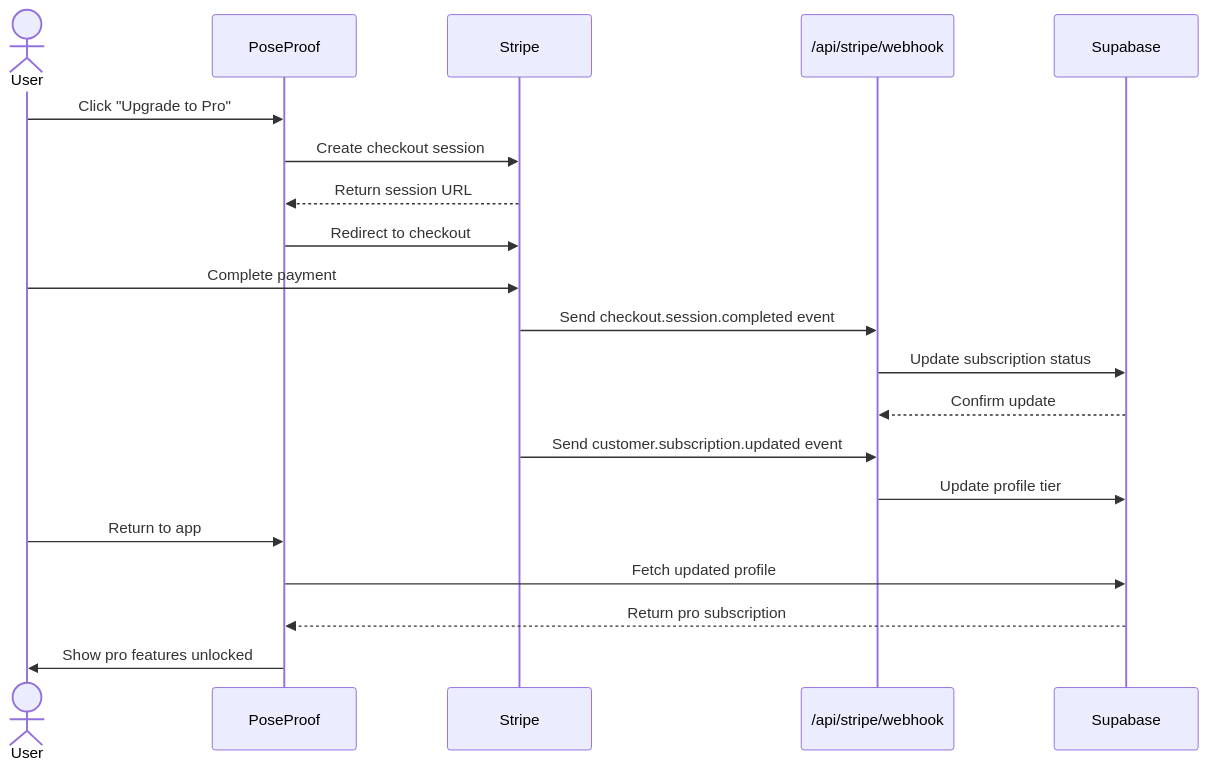
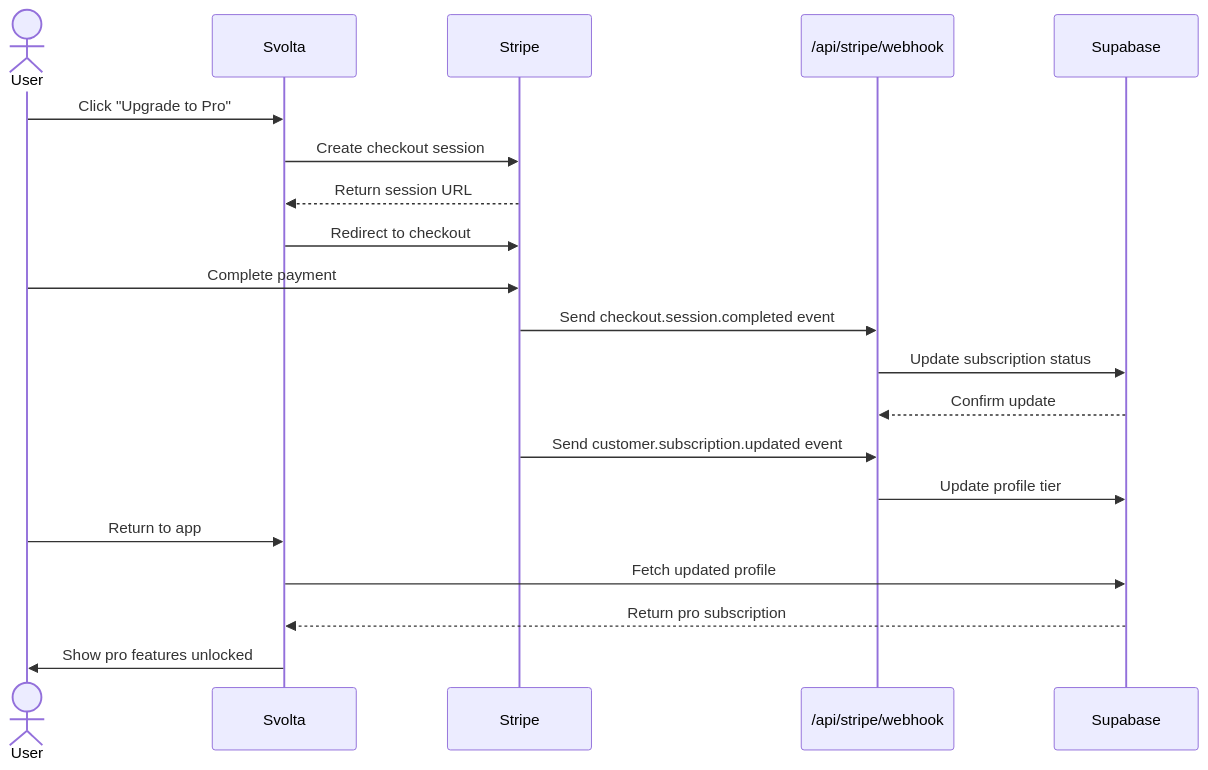
Before and after one commit to rickydwilson-dcs/poseproof: the seventh of 9 diagrams in docs/architecture/overview.md, drawn with Mermaid. The commit also changed other lines of this file and 203 other files, not shown here.

````diff
--- a/docs/architecture/overview.md
+++ b/docs/architecture/overview.md
@@ -458,26 +458,26 @@
 ```mermaid
 sequenceDiagram
     actor User
-    participant App as PoseProof
+    participant App as Svolta
     participant Stripe
     participant Webhook as /api/stripe/webhook
     participant Supabase
 
     User->>App: Click "Upgrade to Pro"
     App->>Stripe: Create checkout session
     Stripe-->>App: Return session URL
     App->>Stripe: Redirect to checkout
 
     User->>Stripe: Complete payment
     Stripe->>Webhook: Send checkout.session.completed event
     Webhook->>Supabase: Update subscription status
     Supabase-->>Webhook: Confirm update
 
     Stripe->>Webhook: Send customer.subscription.updated event
     Webhook->>Supabase: Update profile tier
 
     User->>App: Return to app
     App->>Supabase: Fetch updated profile
     Supabase-->>App: Return pro subscription
     App->>User: Show pro features unlocked
 ```
````
